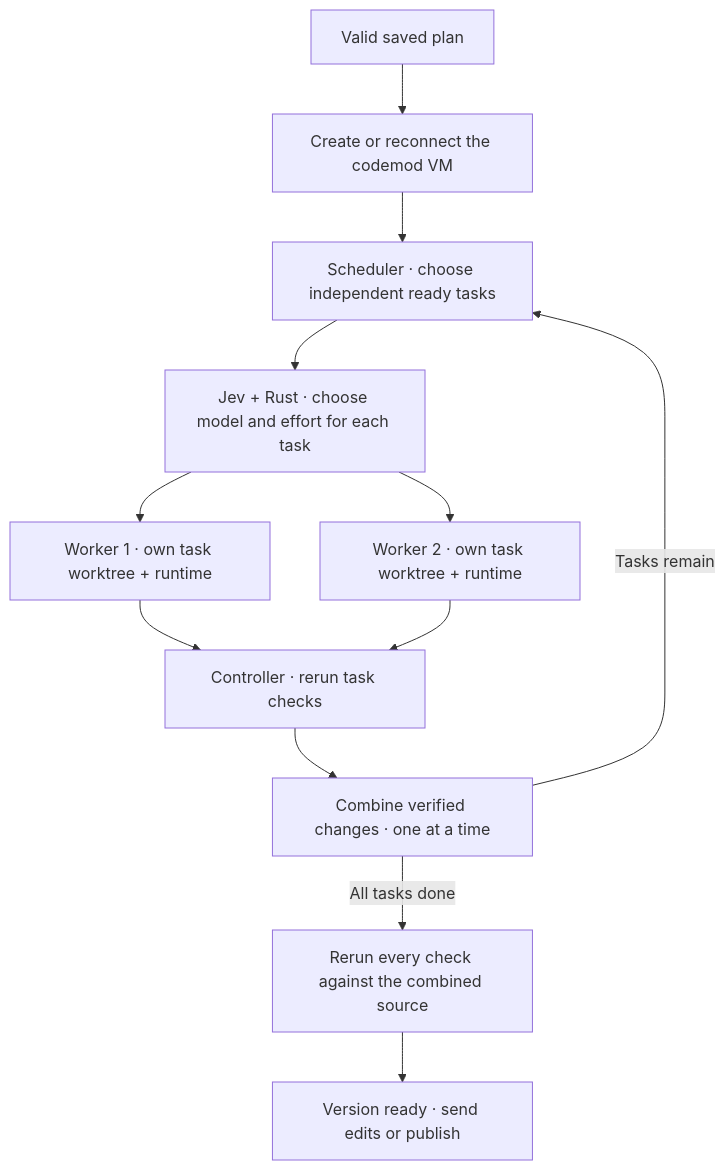
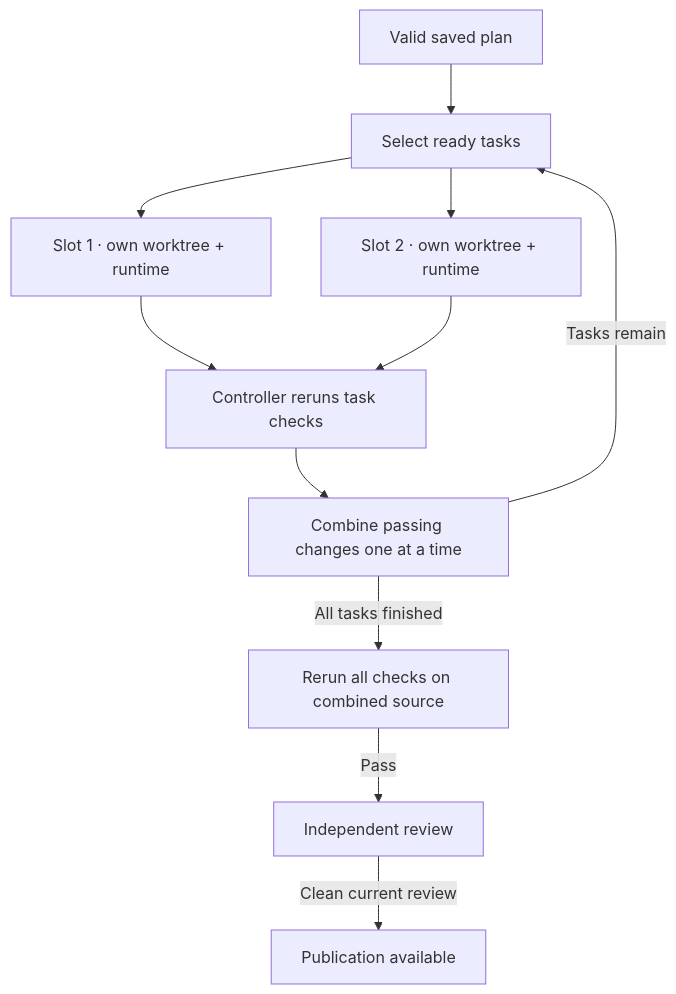
One commit to minimumeffort-dev/sprowt.harness changed the first of 2 diagrams in docs/execution.md. Above: the diagram before and after it, drawn with Mermaid. The commit also changed other lines of this file and 17 other files, not shown here.

````diff
--- a/docs/execution.md
+++ b/docs/execution.md
@@ -5,14 +11,13 @@
 ```mermaid
 flowchart TB
-    plan["Valid saved plan"] --> vm["Create or reconnect the codemod VM"]
-    vm --> task["Scheduler · choose independent ready tasks"]
-    task --> route["Jev + Rust · choose model and effort for each task"]
-    route --> first["Worker 1 · own task worktree + runtime"]
-    route --> second["Worker 2 · own task worktree + runtime"]
-    first --> checks["Controller · rerun task checks"]
+    plan["Valid saved plan"] --> ready["Select ready tasks"]
+    ready --> first["Slot 1 · own worktree + runtime"]
+    ready --> second["Slot 2 · own worktree + runtime"]
+    first --> checks["Controller reruns task checks"]
     second --> checks
-    checks --> merge["Combine verified changes · one at a time"]
-    merge -->|"Tasks remain"| task
-    merge -->|"All tasks done"| final["Rerun every check against the combined source"]
-    final --> ready["Version ready · send edits or publish"]
+    checks --> integrate["Combine passing changes one at a time"]
+    integrate -->|"Tasks remain"| ready
+    integrate -->|"All tasks finished"| combined["Rerun all checks on combined source"]
+    combined -->|"Pass"| review["Independent review"]
+    review -->|"Clean current review"| publish["Publication available"]
 ```
````
